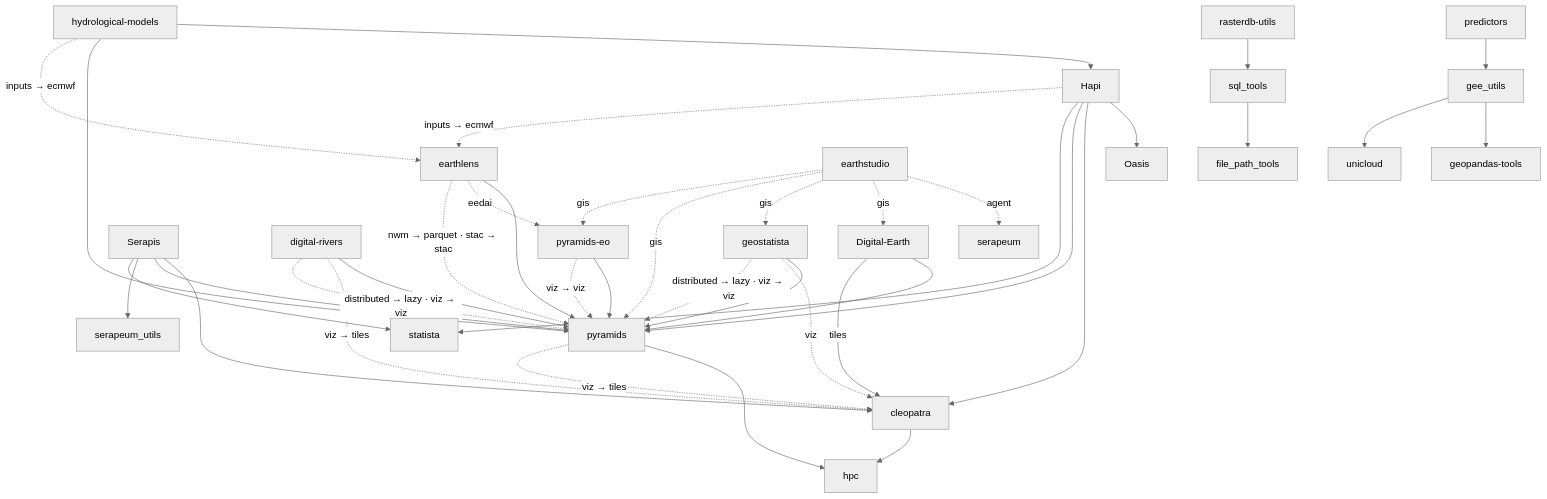
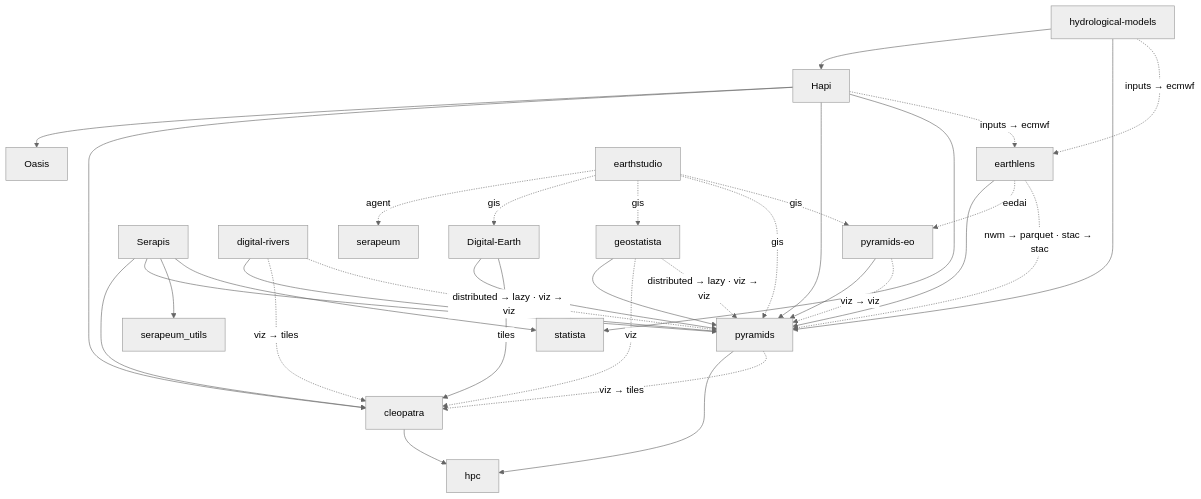
One commit to serapeum-org/.github changed the diagram in profile/README.md. Above: the diagram before and after it, drawn with Mermaid (neutral theme). The commit also changed other lines of this file, not shown here.

Commit message:
docs: leave internal helper repositories out of the graph
sql_tools, predictors, gee_utils, rasterdb-utils, file_path_tools and
geopandas-tools are internal helpers rather than packages the
organization presents, so they do not belong on the landing page.

````diff
--- a/profile/README.md
+++ b/profile/README.md
@@ -11,70 +11,58 @@
 ```mermaid
 graph TD
     Digital_Earth["Digital-Earth"]
     Hapi["Hapi"]
     Oasis["Oasis"]
     Serapis["Serapis"]
     cleopatra["cleopatra"]
     digital_rivers["digital-rivers"]
     earthlens["earthlens"]
     earthstudio["earthstudio"]
-    file_path_tools["file_path_tools"]
-    gee_utils["gee_utils"]
-    geopandas_tools["geopandas-tools"]
     geostatista["geostatista"]
     hpc["hpc"]
     hydrological_models["hydrological-models"]
-    predictors["predictors"]
     pyramids["pyramids"]
     pyramids_eo["pyramids-eo"]
-    rasterdb_utils["rasterdb-utils"]
     serapeum["serapeum"]
     serapeum_utils["serapeum_utils"]
-    sql_tools["sql_tools"]
     statista["statista"]
-    unicloud["unicloud"]
 
     %% required
     Digital_Earth --> pyramids
     Digital_Earth -->|tiles| cleopatra
     Hapi --> Oasis
     Hapi --> cleopatra
     Hapi --> pyramids
     Hapi --> statista
     Serapis --> cleopatra
     Serapis --> pyramids
     Serapis --> serapeum_utils
     Serapis --> statista
     cleopatra --> hpc
     digital_rivers --> pyramids
     earthlens --> pyramids
-    gee_utils --> geopandas_tools
-    gee_utils --> unicloud
     geostatista --> pyramids
     hydrological_models --> Hapi
     hydrological_models --> pyramids
-    predictors --> gee_utils
     pyramids --> hpc
     pyramids_eo --> pyramids
-    rasterdb_utils --> sql_tools
-    sql_tools --> file_path_tools
 
     %% optional — reached only through an extra
     Hapi -.->|inputs → ecmwf| earthlens
     digital_rivers -.->|viz → tiles| cleopatra
     earthlens -.->|eedai| pyramids_eo
     earthstudio -.->|agent| serapeum
     earthstudio -.->|gis| Digital_Earth
     earthstudio -.->|gis| geostatista
     earthstudio -.->|gis| pyramids
     earthstudio -.->|gis| pyramids_eo
     geostatista -.->|viz| cleopatra
     hydrological_models -.->|inputs → ecmwf| earthlens
     pyramids -.->|viz → tiles| cleopatra
 
     %% extras that upgrade an already-required dependency
     digital_rivers -.->|distributed → lazy · viz → viz| pyramids
     earthlens -.->|nwm → parquet · stac → stac| pyramids
     geostatista -.->|distributed → lazy · viz → viz| pyramids
     pyramids_eo -.->|viz → viz| pyramids
 ```
````
